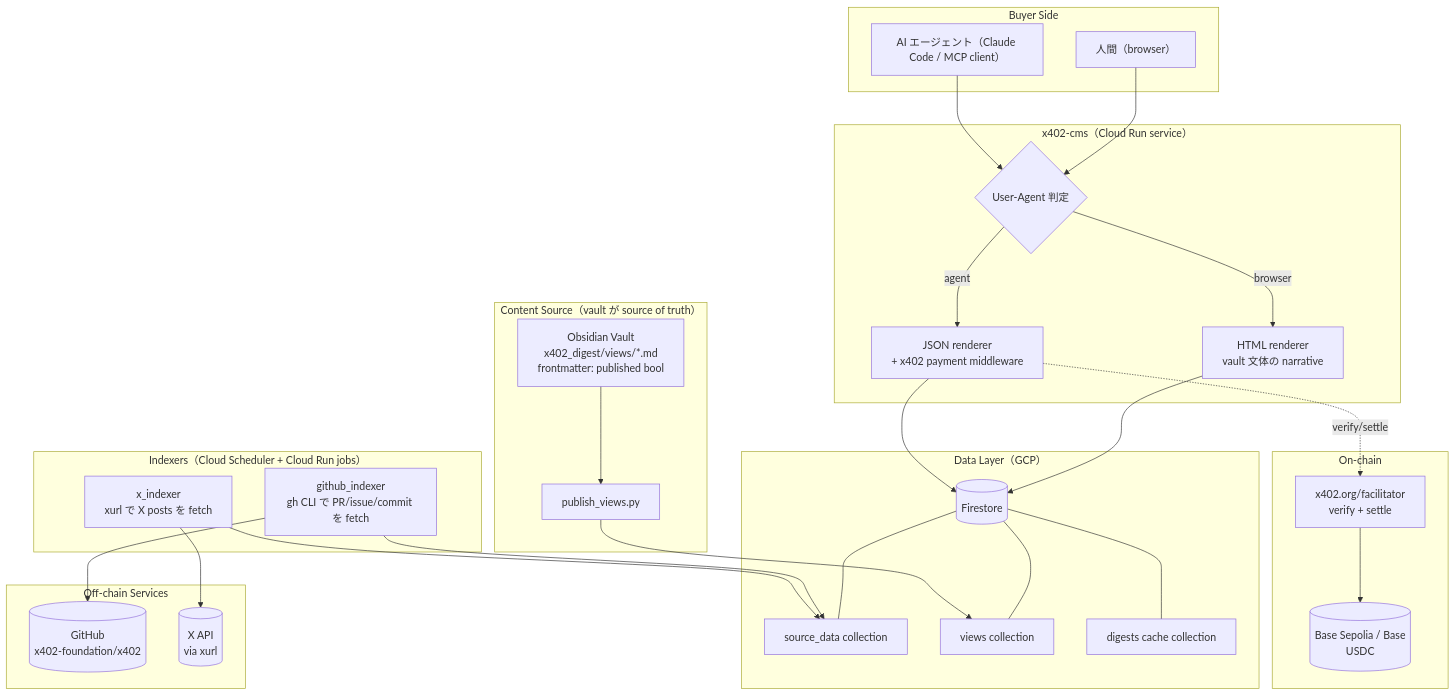
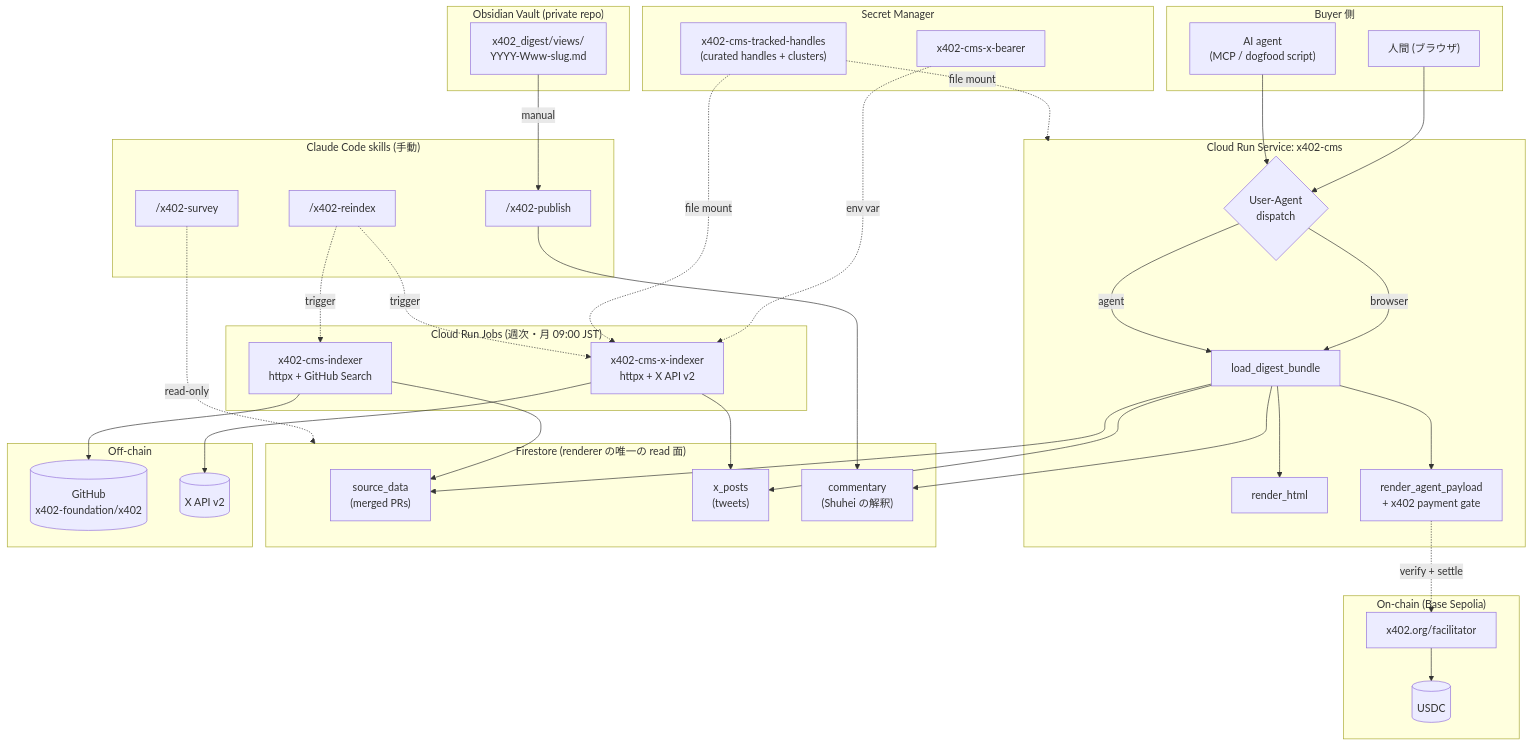
Before and after one commit to shuhei0866/x402-cms: the first of 5 diagrams in docs/architecture.ja.md, drawn with Mermaid. The commit also changed other lines of this file and 1 other file, not shown here.

````diff
--- a/docs/architecture.ja.md
+++ b/docs/architecture.ja.md
@@ -11,61 +15,78 @@
 ```mermaid
 graph TB
-  subgraph "Buyer Side"
-    Human["人間（browser）"]
-    Agent["AI エージェント（Claude Code / MCP client）"]
+  subgraph Buyer["Buyer 側"]
+    Human["人間 (ブラウザ)"]
+    Agent["AI agent<br/>(MCP / dogfood script)"]
   end
 
-  subgraph "x402-cms（Cloud Run service）"
-    Router{"User-Agent 判定"}
-    HTMLRenderer["HTML renderer<br/>vault 文体の narrative"]
-    JSONRenderer["JSON renderer<br/>+ x402 payment middleware"]
-    Router -->|"browser"| HTMLRenderer
-    Router -->|"agent"| JSONRenderer
+  subgraph Service["Cloud Run Service: x402-cms"]
+    Dispatch{"User-Agent<br/>dispatch"}
+    Bundle["load_digest_bundle"]
+    HTML["render_html"]
+    JSON["render_agent_payload<br/>+ x402 payment gate"]
+    Dispatch -->|"browser"| Bundle
+    Dispatch -->|"agent"| Bundle
+    Bundle --> HTML
+    Bundle --> JSON
   end
 
-  subgraph "Data Layer（GCP）"
-    Firestore[("Firestore")]
-    SourceCol["source_data collection"]
-    ViewsCol["views collection"]
-    DigestsCol["digests cache collection"]
-    Firestore --- SourceCol
-    Firestore --- ViewsCol
-    Firestore --- DigestsCol
+  subgraph FS["Firestore (renderer の唯一の read 面)"]
+    SrcCol["source_data<br/>(merged PRs)"]
+    XCol["x_posts<br/>(tweets)"]
+    CommCol["commentary<br/>(Shuhei の解釈)"]
   end
 
-  subgraph "Indexers（Cloud Scheduler + Cloud Run jobs）"
-    GHIndexer["github_indexer<br/>gh CLI で PR/issue/commit を fetch"]
-    XIndexer["x_indexer<br/>xurl で X posts を fetch"]
+  subgraph Jobs["Cloud Run Jobs (週次・月 09:00 JST)"]
+    GHJob["x402-cms-indexer<br/>httpx + GitHub Search"]
+    XJob["x402-cms-x-indexer<br/>httpx + X API v2"]
   end
 
-  subgraph "Content Source（vault が source of truth）"
-    Vault["Obsidian Vault<br/>x402_digest/views/*.md<br/>frontmatter: published bool"]
-    PublishScript["publish_views.py"]
+  subgraph Skills["Claude Code skills (手動)"]
+    Reindex["/x402-reindex"]
+    Survey["/x402-survey"]
+    Publish["/x402-publish"]
   end
 
-  subgraph "Off-chain Services"
-    GitHub[("GitHub<br/>x402-foundation/x402")]
-    XAPI[("X API<br/>via xurl")]
+  subgraph Vault["Obsidian Vault (private repo)"]
+    VaultDir["x402_digest/views/<br/>YYYY-Www-slug.md"]
   end
 
-  subgraph "On-chain"
-    Facilitator["x402.org/facilitator<br/>verify + settle"]
-    BaseSepolia[("Base Sepolia / Base<br/>USDC")]
+  subgraph Sec["Secret Manager"]
+    Bearer["x402-cms-x-bearer"]
+    Handles["x402-cms-tracked-handles<br/>(curated handles + clusters)"]
   end
 
-  Human --> Router
-  Agent --> Router
+  subgraph Off["Off-chain"]
+    GitHub[("GitHub<br/>x402-foundation/x402")]
+    XAPI[("X API v2")]
+  end
 
-  HTMLRenderer --> Firestore
-  JSONRenderer --> Firestore
-  JSONRenderer -.->|"verify/settle"| Facilitator
-  Facilitator --> BaseSepolia
+  subgraph On["On-chain (Base Sepolia)"]
+    Fac["x402.org/facilitator"]
+    USDC[("USDC")]
+  end
 
-  GHIndexer --> GitHub
-  XIndexer --> XAPI
-  GHIndexer --> SourceCol
-  XIndexer --> SourceCol
+  Human --> Dispatch
+  Agent --> Dispatch
 
-  Vault --> PublishScript
-  PublishScript --> ViewsCol
+  Bundle --> SrcCol
+  Bundle --> XCol
+  Bundle --> CommCol
+  Handles -.->|"file mount"| Service
+
+  GHJob --> GitHub
+  GHJob --> SrcCol
+  XJob --> XAPI
+  XJob --> XCol
+  Bearer -.->|"env var"| XJob
+  Handles -.->|"file mount"| XJob
+
+  Reindex -.->|"trigger"| GHJob
+  Reindex -.->|"trigger"| XJob
+  Survey -.->|"read-only"| FS
+  VaultDir -->|"manual"| Publish
+  Publish --> CommCol
+
+  JSON -.->|"verify + settle"| Fac
+  Fac --> USDC
 ```
````
